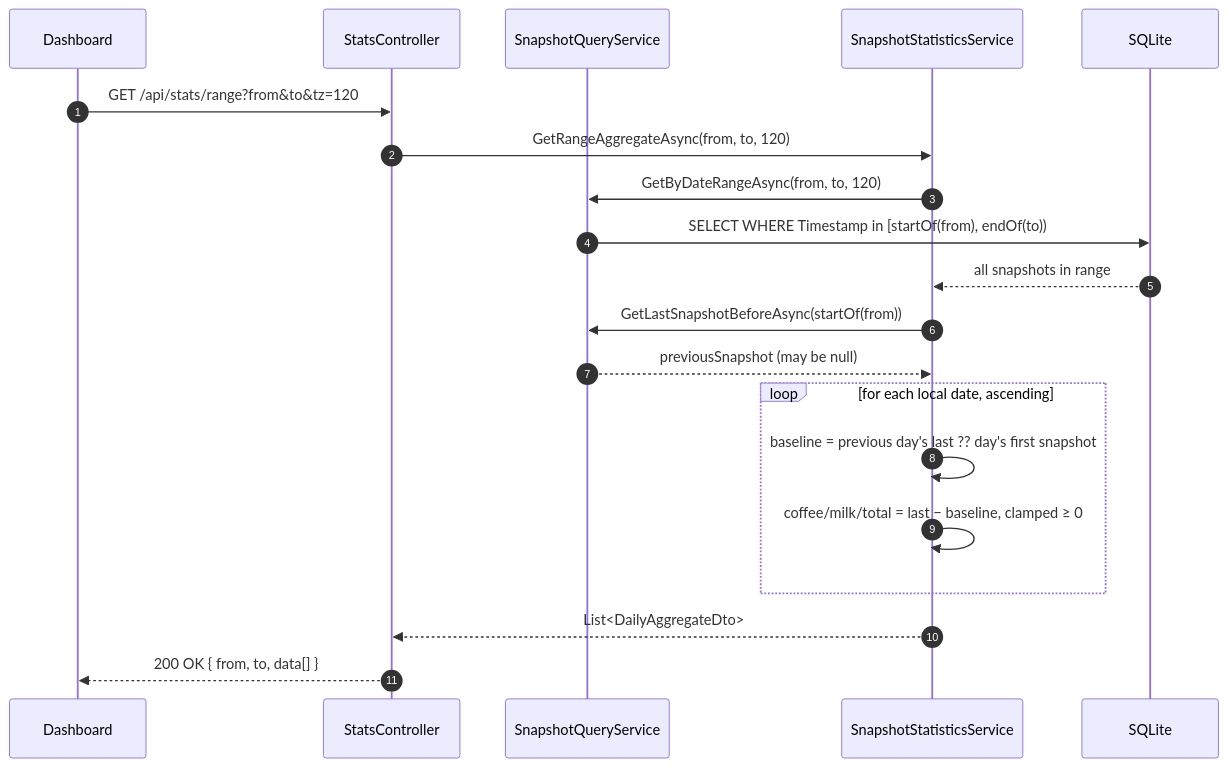
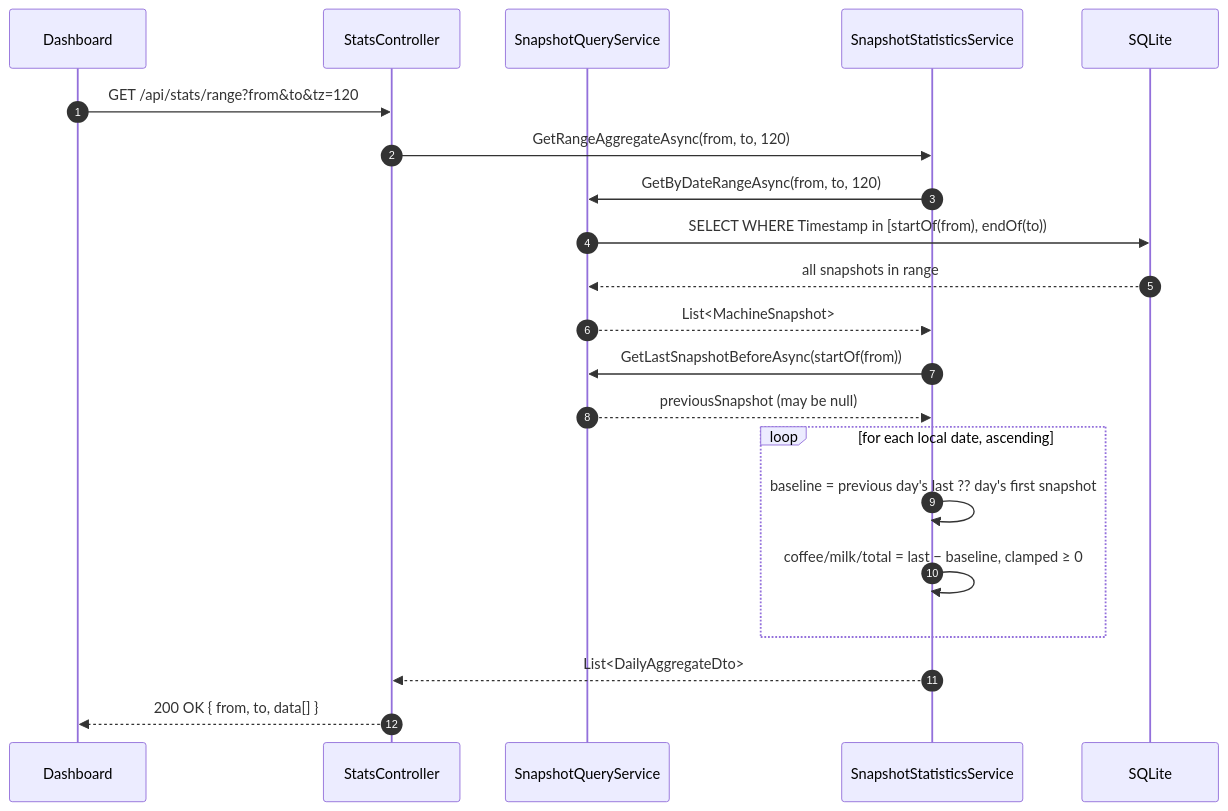
One commit to Gereon93/coffee changed the fourth of 7 diagrams in doc/arc42/06-runtime.md. Above: the diagram before and after it, drawn with Mermaid. The commit also changed other lines of this file and 1 other file, not shown here.

````diff
--- a/doc/arc42/06-runtime.md
+++ b/doc/arc42/06-runtime.md
@@ -105,26 +105,27 @@
 ```mermaid
 sequenceDiagram
     autonumber
     participant D as Dashboard
     participant C as StatsController
     participant Q as SnapshotQueryService
     participant S as SnapshotStatisticsService
     participant DB as SQLite
 
     D->>C: GET /api/stats/range?from&to&tz=120
     C->>S: GetRangeAggregateAsync(from, to, 120)
     S->>Q: GetByDateRangeAsync(from, to, 120)
     Q->>DB: SELECT WHERE Timestamp in [startOf(from), endOf(to))
-    DB-->>S: all snapshots in range
+    DB-->>Q: all snapshots in range
+    Q-->>S: List<MachineSnapshot>
     S->>Q: GetLastSnapshotBeforeAsync(startOf(from))
     Q-->>S: previousSnapshot (may be null)
 
     loop for each local date, ascending
         S->>S: baseline = previous day's last ?? day's first snapshot
         S->>S: coffee/milk/total = last − baseline, clamped ≥ 0
     end
 
     S-->>C: List<DailyAggregateDto>
 
     C-->>D: 200 OK { from, to, data[] }
 ```
````
